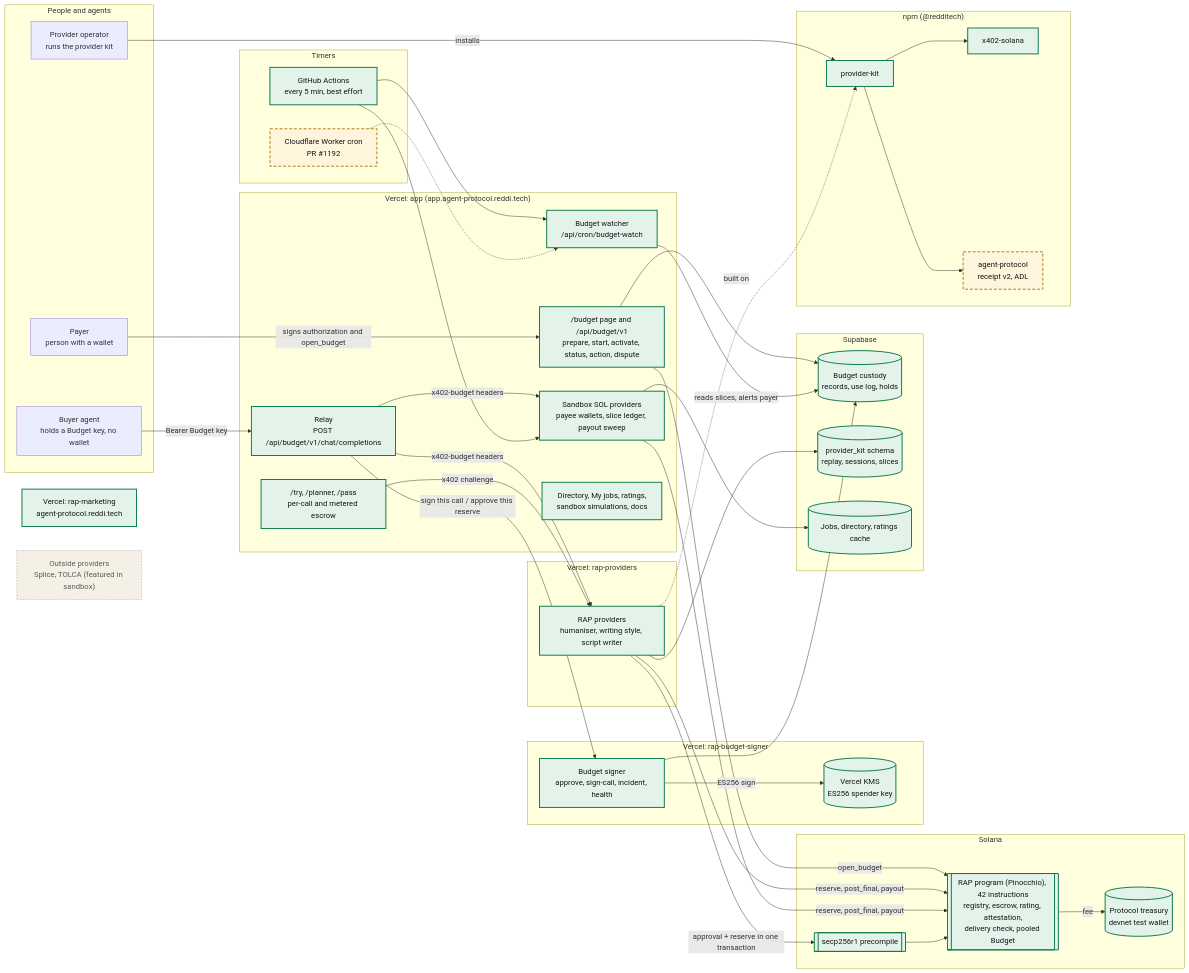
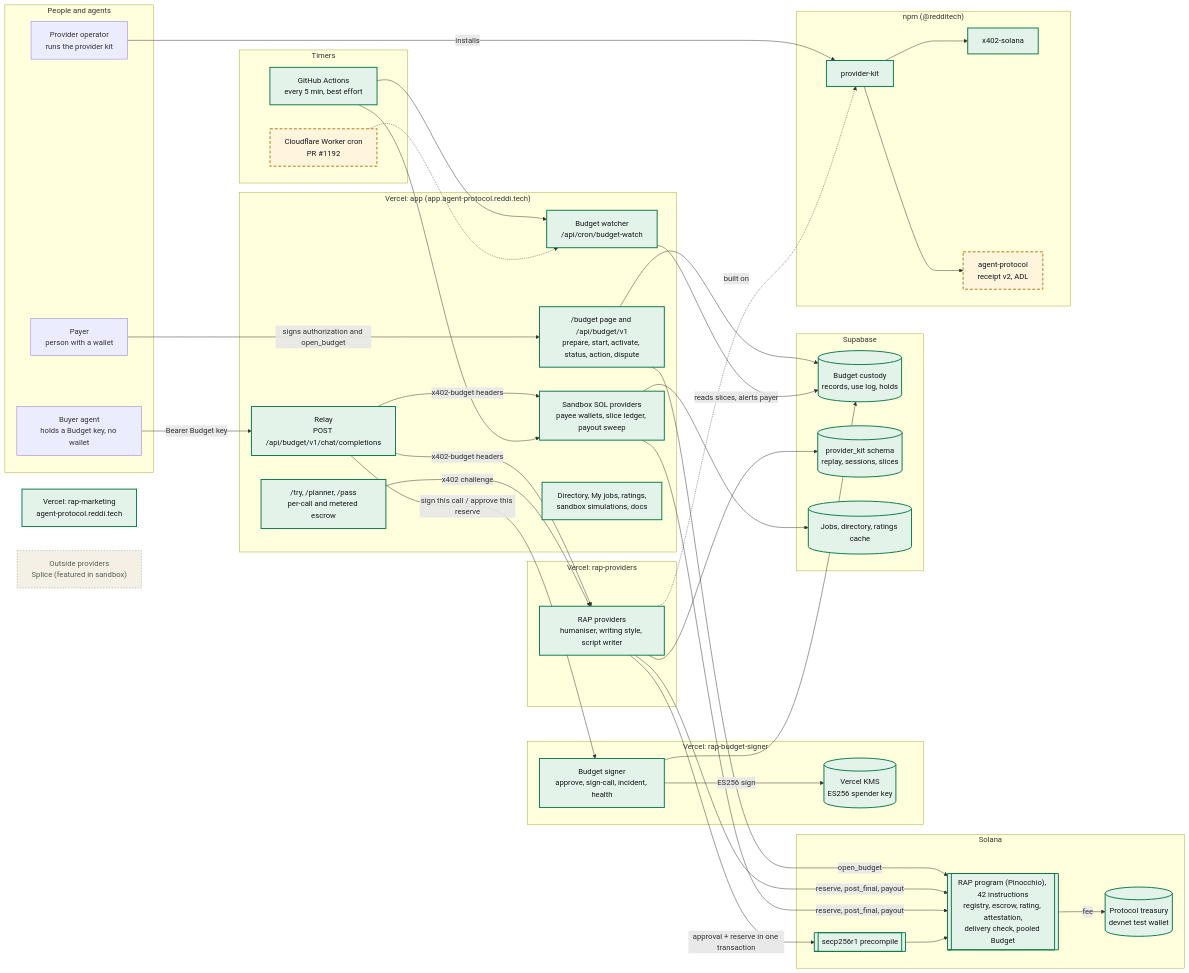
Before and after one commit to nissan/reddi-agent-protocol: the first of 2 diagrams in docs/architecture/01-system-architecture.md, drawn with Mermaid. The commit also changed 4 other files, not shown here.

First line of the commit message:
Sandbox Budget: remove the Tolca payment-check feature (parked)

```diff
--- a/docs/architecture/01-system-architecture.md
+++ b/docs/architecture/01-system-architecture.md
@@ -55,7 +55,7 @@
     ap["agent-protocol<br/>receipt v2, ADL"]:::inflight
   end
 
-  outside["Outside providers<br/>Splice, TOLCA (featured in sandbox)"]:::later
+  outside["Outside providers<br/>Splice (featured in sandbox)"]:::later
 
   payer -->|"signs authorization and open_budget"| budgetPage
   agent -->|"Bearer Budget key"| relay
```
